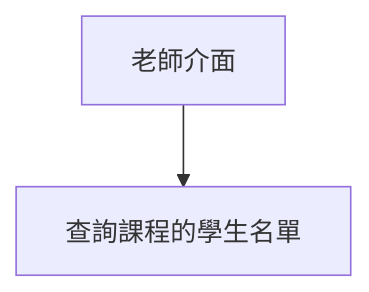
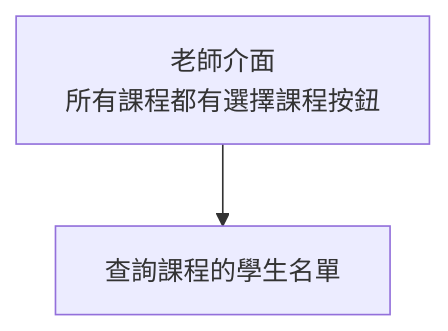
One commit to HE-SHU-WEI/xiaokuan changed the fourth of 4 diagrams in README.md. Above: the diagram before and after it, drawn with Mermaid. The commit also changed other lines of this file, not shown here.

````diff
--- a/README.md
+++ b/README.md
@@ -48,8 +55,8 @@
 ```mermaid
 graph TD;
 
-T[老師介面]
+T[老師介面<br>所有課程都有選擇課程按鈕]
 T-->查詢課程的學生名單
 
 
 ```
````
